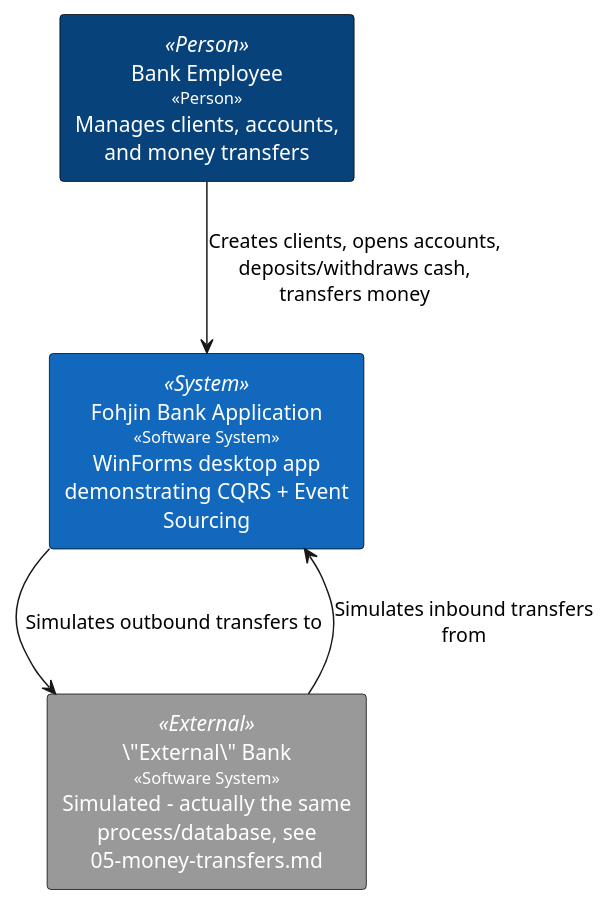
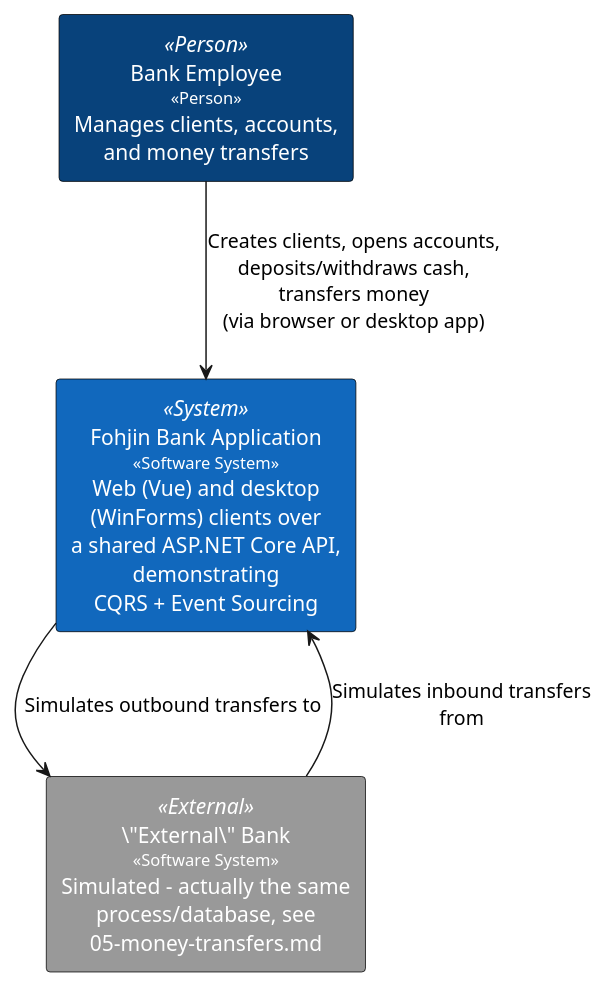
The first of 2 diagrams in docs/00-architecture-overview.md (Mwwhited-BookLearning/fohjin-cqrs), drawn with PlantUML before and after one commit. The commit also changed other lines of this file and 8 other files, not shown here.

````diff
--- a/docs/00-architecture-overview.md
+++ b/docs/00-architecture-overview.md
@@ -18,24 +24,24 @@
 ```plantuml
 @startuml
 skinparam rectangle {
   BackgroundColor<<Person>> #08427b
   FontColor<<Person>> white
   BackgroundColor<<System>> #1168bd
   FontColor<<System>> white
   BackgroundColor<<External>> #999999
   FontColor<<External>> white
   BorderColor black
 }
 skinparam defaultTextAlignment center
 skinparam wrapWidth 200
 skinparam maxMessageSize 200
 
 rectangle "Bank Employee\n<size:11><<Person>></size>\nManages clients, accounts, and money transfers" <<Person>> as employee
-rectangle "Fohjin Bank Application\n<size:11><<Software System>></size>\nWinForms desktop app demonstrating CQRS + Event Sourcing" <<System>> as bankApp
+rectangle "Fohjin Bank Application\n<size:11><<Software System>></size>\nWeb (Vue) and desktop (WinForms) clients over\na shared ASP.NET Core API, demonstrating\nCQRS + Event Sourcing" <<System>> as bankApp
 rectangle "\"External\" Bank\n<size:11><<Software System>></size>\nSimulated - actually the same process/database, see 05-money-transfers.md" <<External>> as fakeExternalBank
 
-employee --> bankApp : "Creates clients, opens accounts,\ndeposits/withdraws cash, transfers money"
+employee --> bankApp : "Creates clients, opens accounts,\ndeposits/withdraws cash, transfers money\n(via browser or desktop app)"
 bankApp --> fakeExternalBank : "Simulates outbound transfers to"
 fakeExternalBank --> bankApp : "Simulates inbound transfers from"
 @enduml
 ```
````
